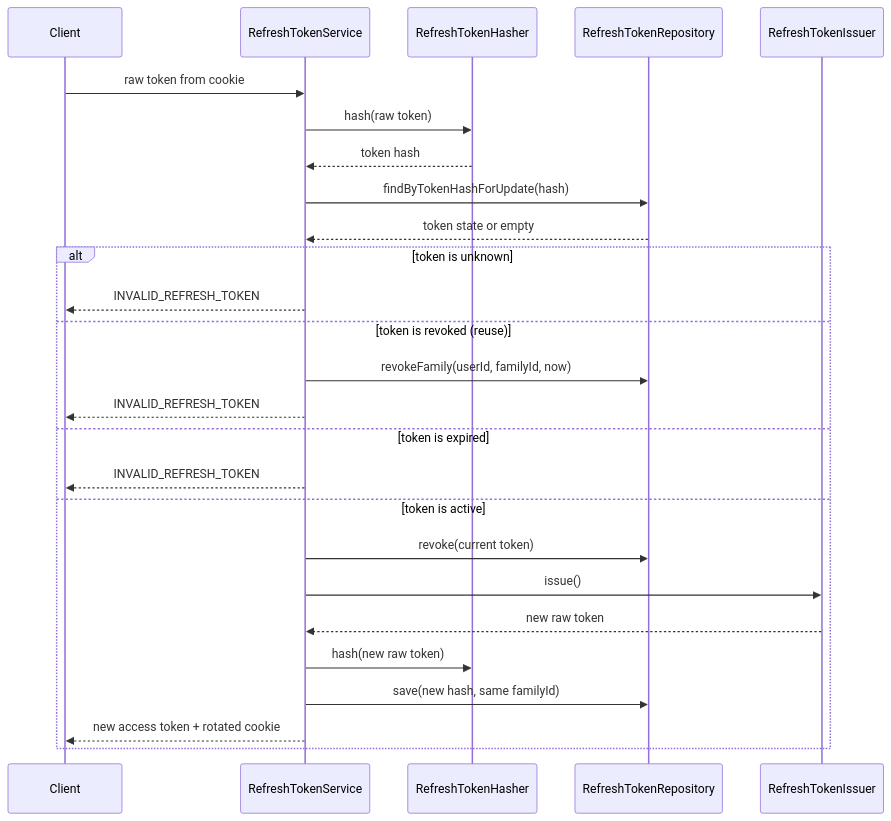
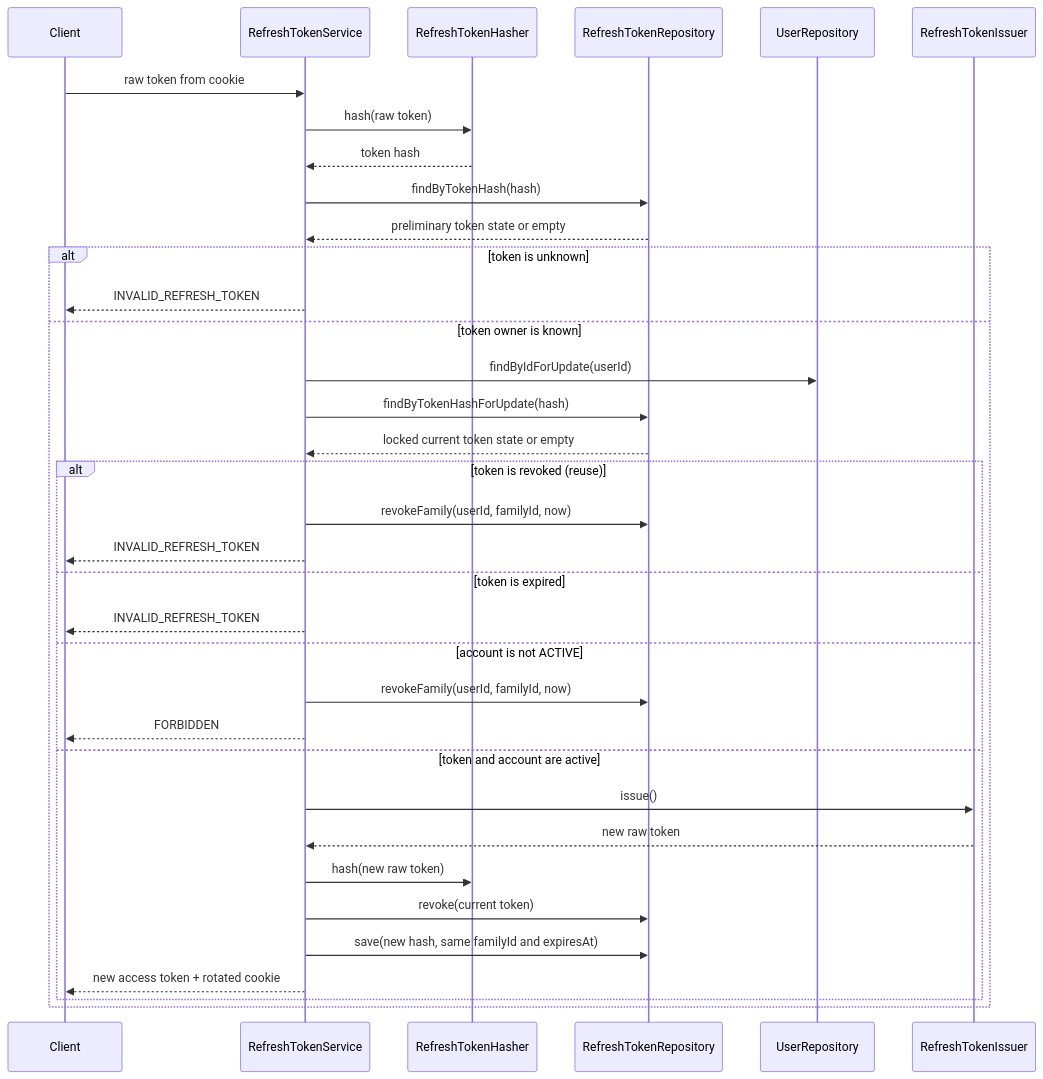
Before and after one commit to EdTechDevelopment/EdTech: the third of 3 diagrams in docs/architecture/diagrams/identity-security.md, drawn with Mermaid. The commit also changed other lines of this file and 140 other files, not shown here.

````diff
--- a/docs/architecture/diagrams/identity-security.md
+++ b/docs/architecture/diagrams/identity-security.md
@@ -48,29 +48,38 @@
 ```mermaid
 sequenceDiagram
     participant C as Client
     participant S as RefreshTokenService
     participant H as RefreshTokenHasher
     participant DB as RefreshTokenRepository
+    participant U as UserRepository
     participant I as RefreshTokenIssuer
 
     C->>S: raw token from cookie
     S->>H: hash(raw token)
     H-->>S: token hash
-    S->>DB: findByTokenHashForUpdate(hash)
-    DB-->>S: token state or empty
+    S->>DB: findByTokenHash(hash)
+    DB-->>S: preliminary token state or empty
     alt token is unknown
         S-->>C: INVALID_REFRESH_TOKEN
-    else token is revoked (reuse)
-        S->>DB: revokeFamily(userId, familyId, now)
-        S-->>C: INVALID_REFRESH_TOKEN
-    else token is expired
-        S-->>C: INVALID_REFRESH_TOKEN
-    else token is active
-        S->>DB: revoke(current token)
-        S->>I: issue()
-        I-->>S: new raw token
-        S->>H: hash(new raw token)
-        S->>DB: save(new hash, same familyId)
-        S-->>C: new access token + rotated cookie
+    else token owner is known
+        S->>U: findByIdForUpdate(userId)
+        S->>DB: findByTokenHashForUpdate(hash)
+        DB-->>S: locked current token state or empty
+        alt token is revoked (reuse)
+            S->>DB: revokeFamily(userId, familyId, now)
+            S-->>C: INVALID_REFRESH_TOKEN
+        else token is expired
+            S-->>C: INVALID_REFRESH_TOKEN
+        else account is not ACTIVE
+            S->>DB: revokeFamily(userId, familyId, now)
+            S-->>C: FORBIDDEN
+        else token and account are active
+            S->>I: issue()
+            I-->>S: new raw token
+            S->>H: hash(new raw token)
+            S->>DB: revoke(current token)
+            S->>DB: save(new hash, same familyId and expiresAt)
+            S-->>C: new access token + rotated cookie
+        end
     end
 ```
````
